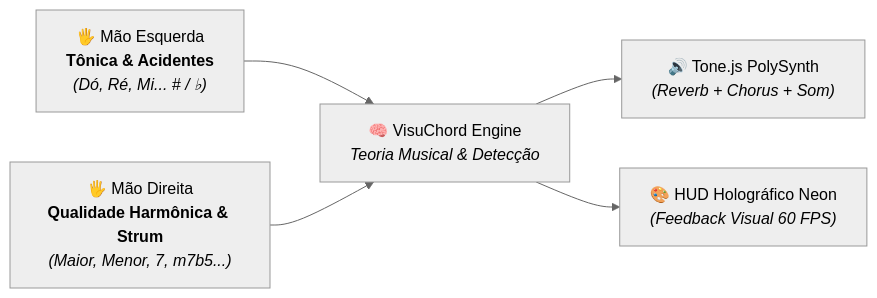
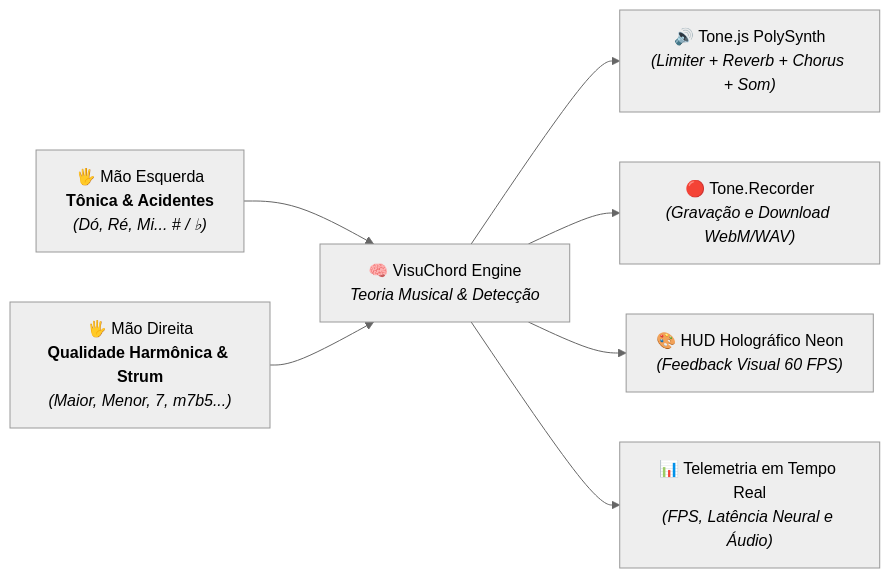
The diagram in README.md (FelipeGardenghiDev/visuchord), drawn with Mermaid (neutral theme) before and after one commit. The commit also changed other lines of this file and 12 other files, not shown here.

First line of the commit message:
feat: complete staff-level production roadmap (ADRs, telemetry, recorder, fallback playground, PWA & Vercel)

````diff
--- a/README.md
+++ b/README.md
@@ -20,7 +33,9 @@
 ```mermaid
 graph LR
     LeftHand["🖐️ Mão Esquerda<br/><b>Tônica & Acidentes</b><br/><i>(Dó, Ré, Mi... # / ♭)</i>"] --> Core["🧠 VisuChord Engine<br/><i>Teoria Musical & Detecção</i>"]
     RightHand["🖐️ Mão Direita<br/><b>Qualidade Harmônica & Strum</b><br/><i>(Maior, Menor, 7, m7b5...)</i>"] --> Core
-    Core --> Tone["🔊 Tone.js PolySynth<br/><i>(Reverb + Chorus + Som)</i>"]
+    Core --> Tone["🔊 Tone.js PolySynth<br/><i>(Limiter + Reverb + Chorus + Som)</i>"]
+    Core --> Recorder["🔴 Tone.Recorder<br/><i>(Gravação e Download WebM/WAV)</i>"]
     Core --> Canvas["🎨 HUD Holográfico Neon<br/><i>(Feedback Visual 60 FPS)</i>"]
+    Core --> Telemetry["📊 Telemetria em Tempo Real<br/><i>(FPS, Latência Neural e Áudio)</i>"]
 ```
````
